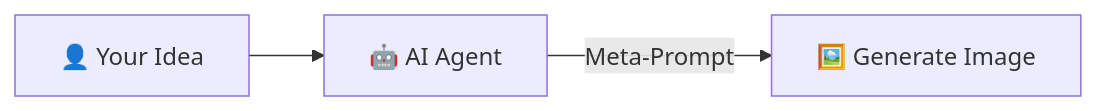
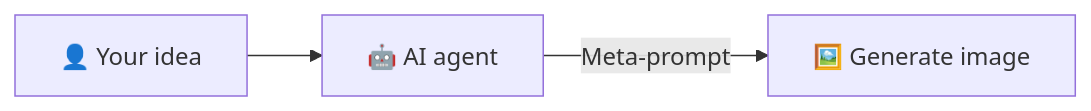
Before and after one commit to taewat07/OccMed-ImageGen: the second of 2 diagrams in README.md, drawn with Mermaid. The commit also changed other lines of this file, not shown here.

````diff
--- a/README.md
+++ b/README.md
@@ -9,5 +176,5 @@
 ```mermaid
 flowchart LR
-    A["👤 Your Idea"] --> B["🤖 AI Agent"]
-    B -- "Meta-Prompt" --> C["🖼️ Generate Image"]
+    A["👤 Your idea"] --> B["🤖 AI agent"]
+    B -- "Meta-prompt" --> C["🖼️ Generate image"]
 ```
````
